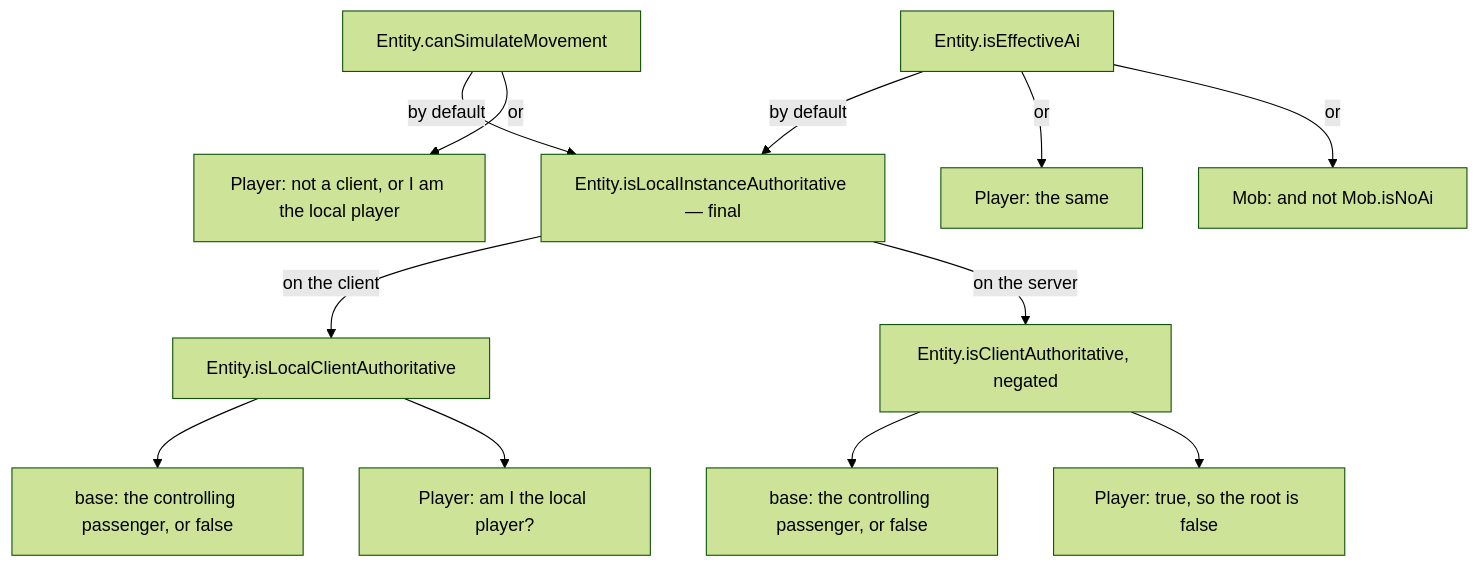
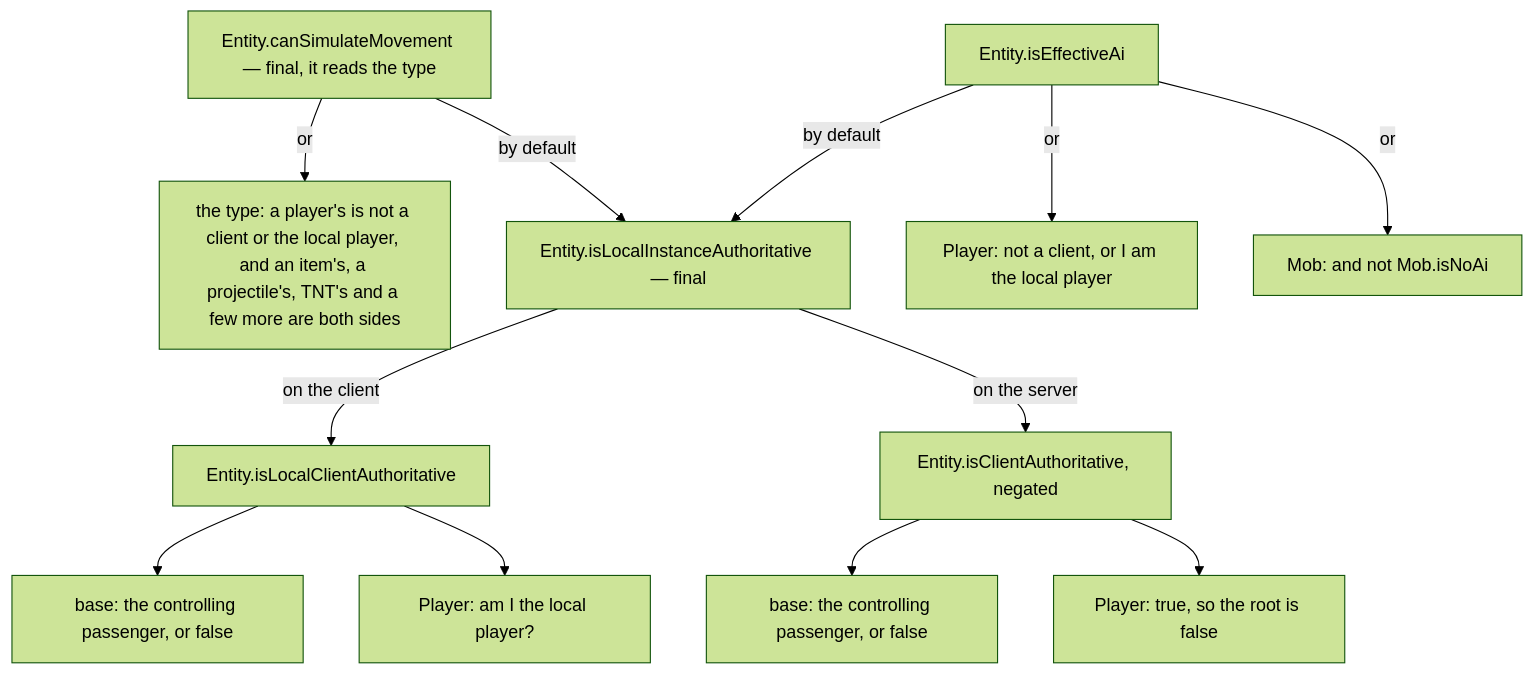
One commit to AlexanderjFraser/MinecraftDocs changed the first of 2 diagrams in src/systems/entities/authority.md. Above: the diagram before and after it, drawn with Mermaid (forest theme). The commit also changed other lines of this file and 21 other files, not shown here.

````diff
--- a/src/systems/entities/authority.md
+++ b/src/systems/entities/authority.md
@@ -85,26 +86,26 @@
 ```mermaid
 flowchart TD
-    SIM["Entity.canSimulateMovement"]
+    SIM["Entity.canSimulateMovement — final, it reads the type"]
     AI["Entity.isEffectiveAi"]
-    SIMP["Player: not a client, or I am the local player"]
-    AIP["Player: the same"]
+    SIMT["the type: a player's is not a client or the local player, and an item's, a projectile's, TNT's and a few more are both sides"]
+    Q["Entity.isLocalInstanceAuthoritative — final"]
+    AIP["Player: not a client, or I am the local player"]
     AIM["Mob: and not Mob.isNoAi"]
-    Q["Entity.isLocalInstanceAuthoritative — final"]
     LCA["Entity.isLocalClientAuthoritative"]
     NCA["Entity.isClientAuthoritative, negated"]
     LCAD["base: the controlling passenger, or false"]
     LCAP["Player: am I the local player?"]
     CAD["base: the controlling passenger, or false"]
     CAP["Player: true, so the root is false"]
+    SIM -- "or" --> SIMT
     SIM -- "by default" --> Q
-    SIM -- "or" --> SIMP
     AI -- "by default" --> Q
     AI -- "or" --> AIP
     AI -- "or" --> AIM
     Q -- "on the client" --> LCA
     Q -- "on the server" --> NCA
     LCA --> LCAD
     LCA --> LCAP
     NCA --> CAD
     NCA --> CAP
 ```
````
